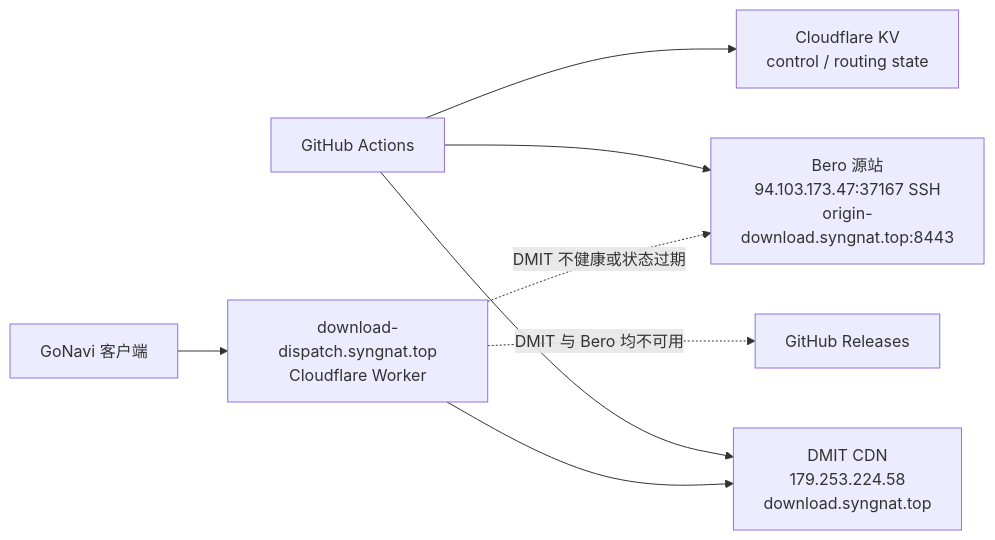
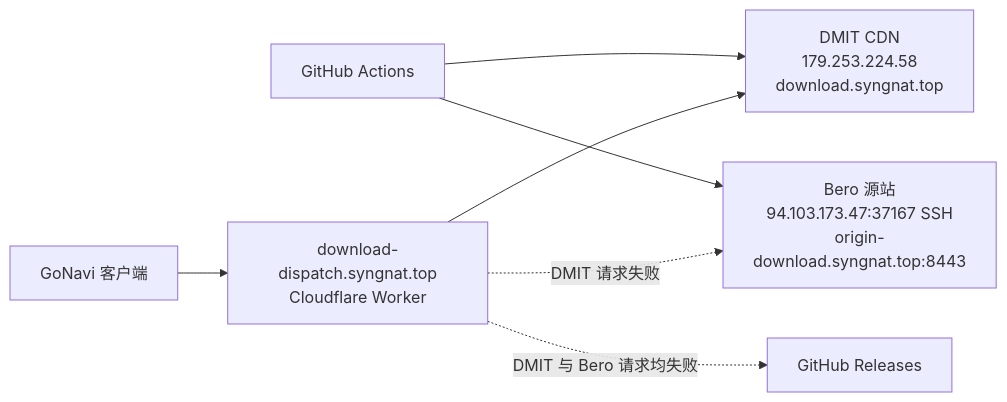
The diagram in docs/download-cdn-operations.md (Syngnat/GoNavi), drawn with Mermaid before and after one commit. The commit also changed other lines of this file and 19 other files, not shown here.

````diff
--- a/docs/download-cdn-operations.md
+++ b/docs/download-cdn-operations.md
@@ -5,10 +5,9 @@
 ```mermaid
 flowchart LR
     CI["GitHub Actions"] --> DMIT["DMIT CDN\n179.253.224.58\ndownload.syngnat.top"]
     CI --> BERO["Bero 源站\n94.103.173.47:37167 SSH\norigin-download.syngnat.top:8443"]
-    CI --> KV["Cloudflare KV\ncontrol / routing state"]
     Client["GoNavi 客户端"] --> Worker["download-dispatch.syngnat.top\nCloudflare Worker"]
     Worker --> DMIT
-    Worker -. "DMIT 不健康或状态过期" .-> BERO
-    Worker -. "DMIT 与 Bero 均不可用" .-> GH["GitHub Releases"]
+    Worker -. "DMIT 请求失败" .-> BERO
+    Worker -. "DMIT 与 Bero 请求均失败" .-> GH["GitHub Releases"]
 ```
````
